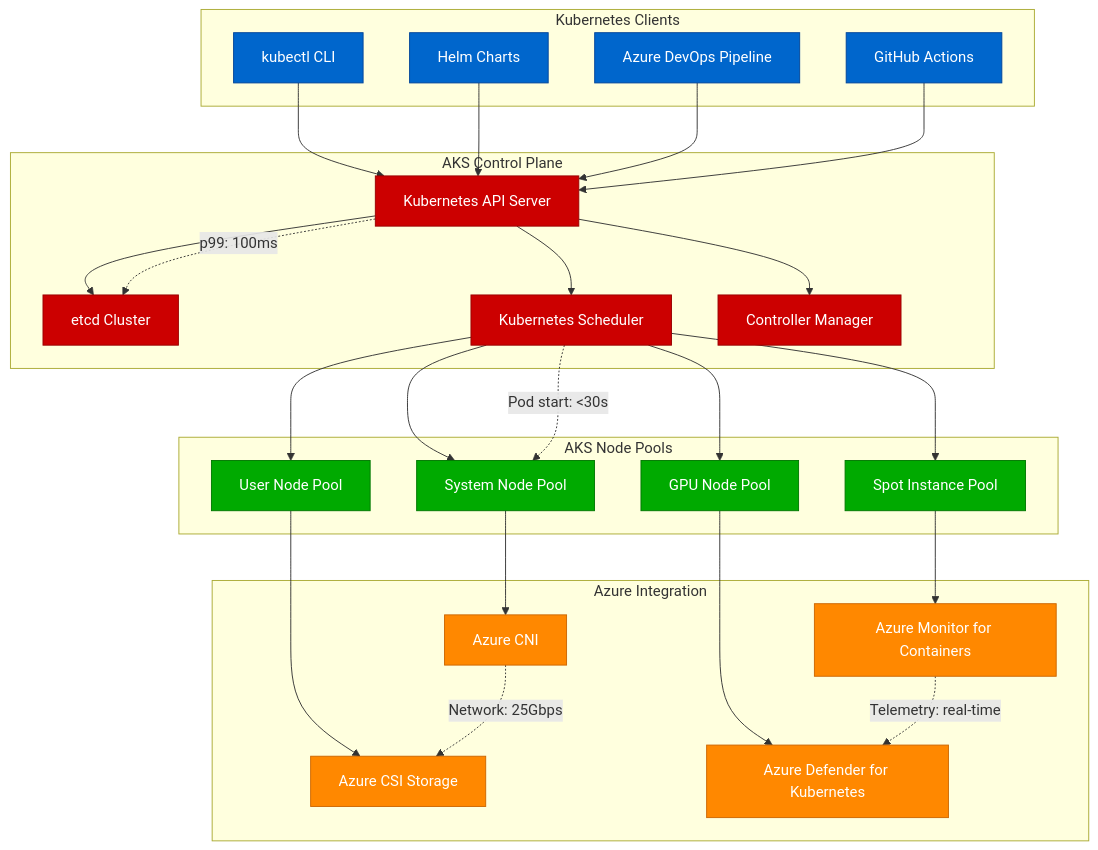
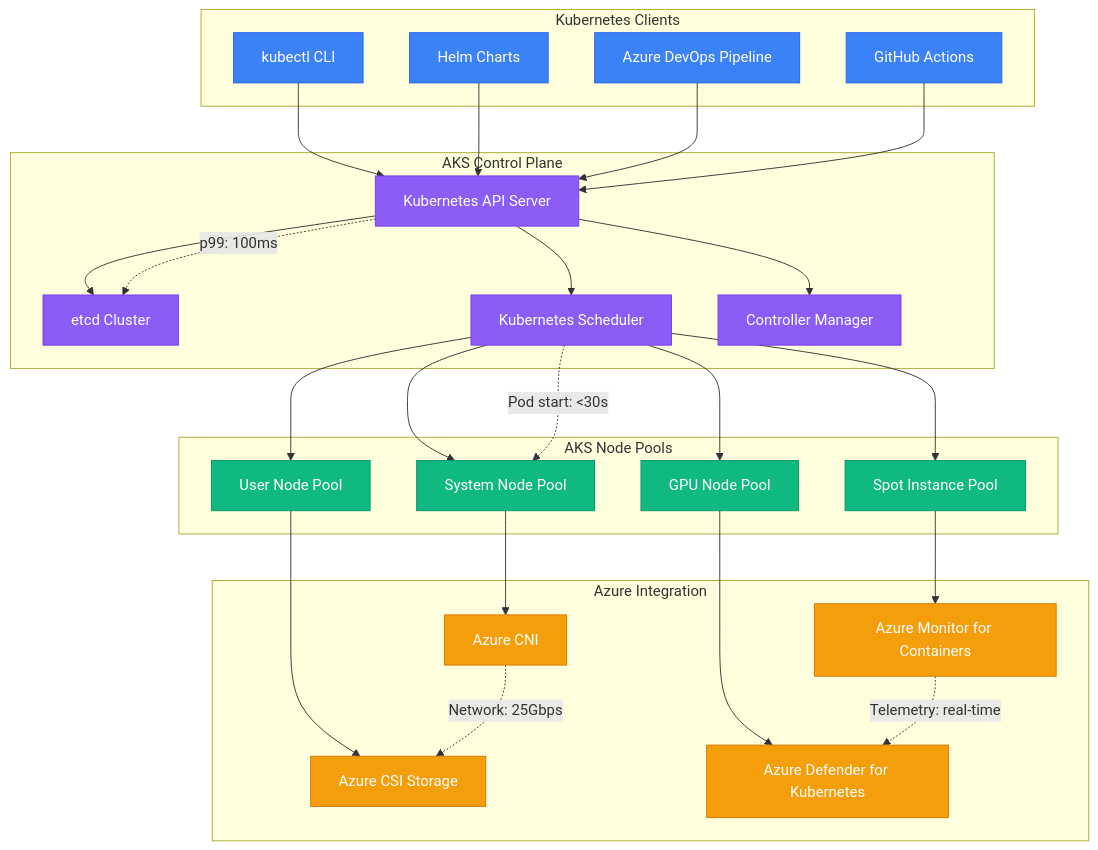
Before and after one commit to deepaucksharma/DS: the fourth of 8 diagrams in site/docs/systems/microsoft/request-flow.md, drawn with Mermaid. The commit also changed other lines of this file and 303 other files, not shown here.

````diff
--- a/site/docs/systems/microsoft/request-flow.md
+++ b/site/docs/systems/microsoft/request-flow.md
@@ -198,69 +198,69 @@
 ```mermaid
 graph TB
     subgraph KubernetesClients[Kubernetes Clients]
         KUBECTL[kubectl CLI]
         HELM[Helm Charts]
         DEVOPS_PIPELINE[Azure DevOps Pipeline]
         GITHUB_ACTIONS[GitHub Actions]
     end
 
     subgraph AKSControlPlane[AKS Control Plane]
         API_SERVER[Kubernetes API Server]
         ETCD[etcd Cluster]
         SCHEDULER[Kubernetes Scheduler]
         CONTROLLER_MGR[Controller Manager]
     end
 
     subgraph AKSNodePools[AKS Node Pools]
         SYSTEM_NODES[System Node Pool]
         USER_NODES[User Node Pool]
         SPOT_NODES[Spot Instance Pool]
         GPU_NODES[GPU Node Pool]
     end
 
     subgraph AzureIntegration[Azure Integration]
         AZURE_CNI[Azure CNI]
         AZURE_CSI[Azure CSI Storage]
         AZURE_MONITOR_K8S[Azure Monitor for Containers]
         AZURE_DEFENDER[Azure Defender for Kubernetes]
     end
 
     %% Client to control plane
     KUBECTL --> API_SERVER
     HELM --> API_SERVER
     DEVOPS_PIPELINE --> API_SERVER
     GITHUB_ACTIONS --> API_SERVER
 
     %% Control plane components
     API_SERVER --> ETCD
     API_SERVER --> SCHEDULER
     API_SERVER --> CONTROLLER_MGR
 
     %% Scheduling to nodes
     SCHEDULER --> SYSTEM_NODES
     SCHEDULER --> USER_NODES
     SCHEDULER --> SPOT_NODES
     SCHEDULER --> GPU_NODES
 
     %% Azure integration
     SYSTEM_NODES --> AZURE_CNI
     USER_NODES --> AZURE_CSI
     SPOT_NODES --> AZURE_MONITOR_K8S
     GPU_NODES --> AZURE_DEFENDER
 
     %% Performance annotations
     API_SERVER -.->|"p99: 100ms"| ETCD
     SCHEDULER -.->|"Pod start: <30s"| SYSTEM_NODES
     AZURE_CNI -.->|"Network: 25Gbps"| AZURE_CSI
     AZURE_MONITOR_K8S -.->|"Telemetry: real-time"| AZURE_DEFENDER
 
-    classDef clientStyle fill:#0066CC,stroke:#004499,color:#fff
-    classDef controlStyle fill:#CC0000,stroke:#990000,color:#fff
-    classDef nodeStyle fill:#00AA00,stroke:#007700,color:#fff
-    classDef azureStyle fill:#FF8800,stroke:#CC6600,color:#fff
+    classDef clientStyle fill:#3B82F6,stroke:#2563EB,color:#fff
+    classDef controlStyle fill:#8B5CF6,stroke:#7C3AED,color:#fff
+    classDef nodeStyle fill:#10B981,stroke:#059669,color:#fff
+    classDef azureStyle fill:#F59E0B,stroke:#D97706,color:#fff
 
     class KUBECTL,HELM,DEVOPS_PIPELINE,GITHUB_ACTIONS clientStyle
     class API_SERVER,ETCD,SCHEDULER,CONTROLLER_MGR controlStyle
     class SYSTEM_NODES,USER_NODES,SPOT_NODES,GPU_NODES nodeStyle
     class AZURE_CNI,AZURE_CSI,AZURE_MONITOR_K8S,AZURE_DEFENDER azureStyle
 ```
````
